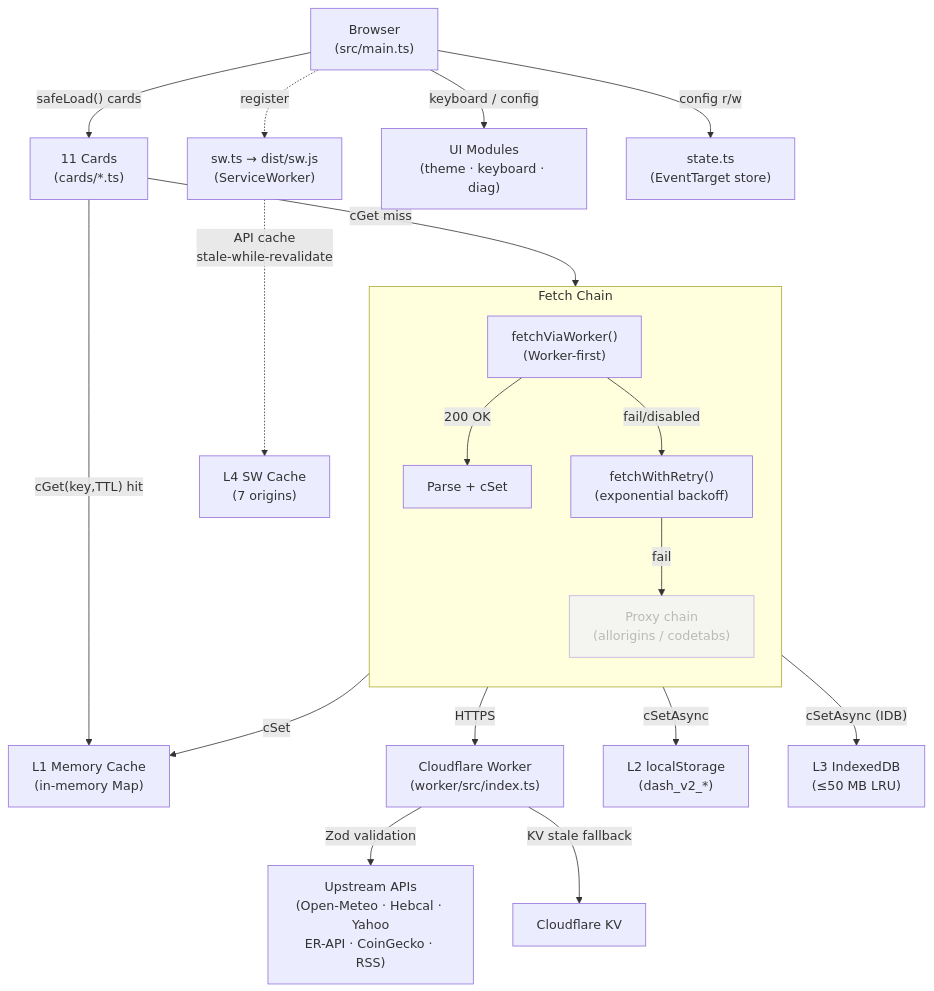
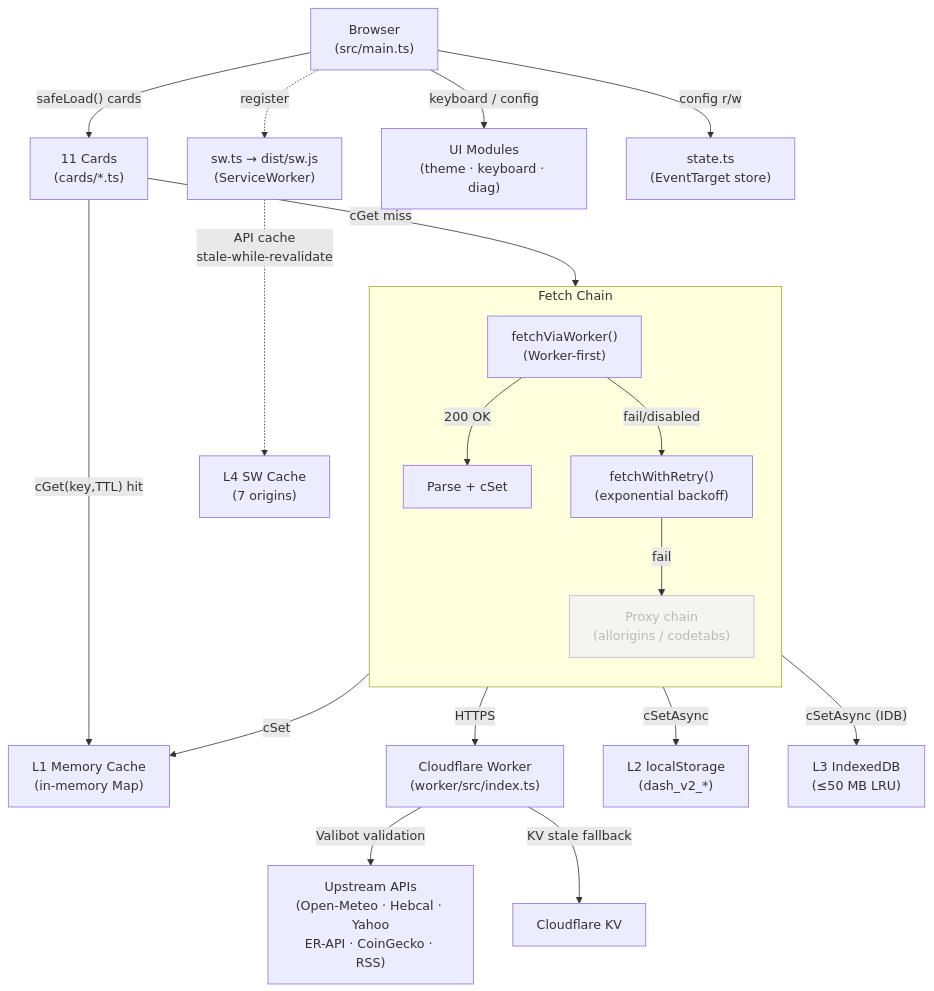
Before and after one commit to RajwanYair/FamilyDashBoard: the diagram in ARCHITECTURE.md, drawn with Mermaid. The commit also changed other lines of this file, not shown here.

Commit message:
docs(arch): update to v12.3.0, fix Zod->Valibot, add AI routes, test count 3500+/111 (V13-S25)

````diff
--- a/ARCHITECTURE.md
+++ b/ARCHITECTURE.md
@@ -153,29 +154,29 @@
 ```mermaid
 flowchart TD
     Browser["Browser\n(src/main.ts)"] -->|"safeLoad() cards"| Cards["11 Cards\n(cards/*.ts)"]
     Cards -->|"cGet(key,TTL) hit"| CacheL1["L1 Memory Cache\n(in-memory Map)"]
     Cards -->|"cGet miss"| FetchChain
 
     subgraph FetchChain["Fetch Chain"]
         direction TB
         FVW["fetchViaWorker()\n(Worker-first)"] -->|"200 OK"| ParseData["Parse + cSet"]
         FVW -->|"fail/disabled"| FWR["fetchWithRetry()\n(exponential backoff)"]
         FWR -->|"fail"| Proxies["Proxy chain\n(allorigins / codetabs)"]:::faded
     end
 
     FVW -->|"HTTPS"| Worker["Cloudflare Worker\n(worker/src/index.ts)"]
-    Worker -->|"Zod validation"| Upstream["Upstream APIs\n(Open-Meteo · Hebcal · Yahoo\nER-API · CoinGecko · RSS)"]
+    Worker -->|"Valibot validation"| Upstream["Upstream APIs\n(Open-Meteo · Hebcal · Yahoo\nER-API · CoinGecko · RSS)"]
     Worker -->|"KV stale fallback"| CFKV["Cloudflare KV"]
 
     ParseData -->|"cSet"| CacheL1
     ParseData -->|"cSetAsync"| CacheL2["L2 localStorage\n(dash_v2_*)"]
     ParseData -->|"cSetAsync (IDB)"| CacheL3["L3 IndexedDB\n(≤50 MB LRU)"]
 
     SW["sw.ts → dist/sw.js\n(ServiceWorker)"] -.->|"API cache\nstale-while-revalidate"| CacheL4["L4 SW Cache\n(7 origins)"]
     Browser -.->|"register"| SW
 
     Browser -->|"keyboard / config"| UI["UI Modules\n(theme · keyboard · diag)"]
     Browser -->|"config r/w"| State["state.ts\n(EventTarget store)"]
 
     classDef faded opacity:0.55;
 ```
````
